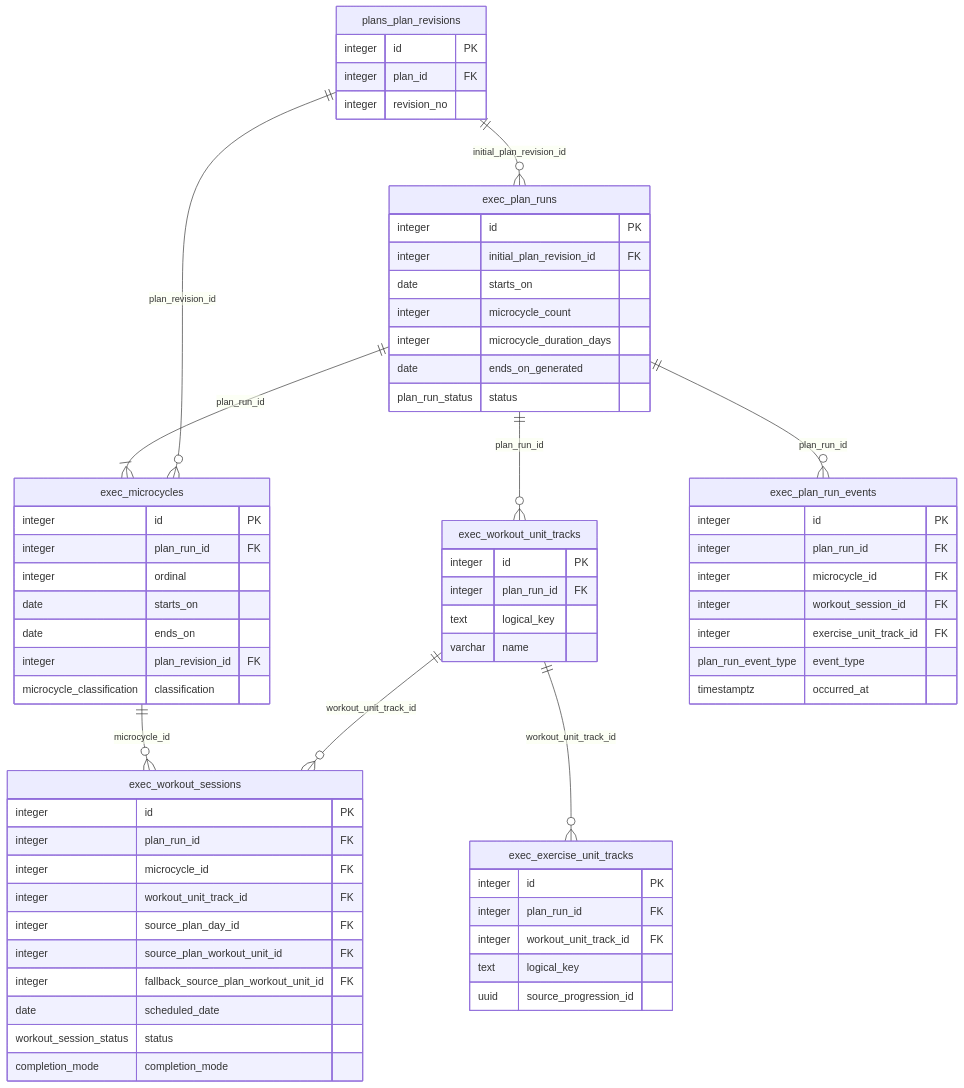
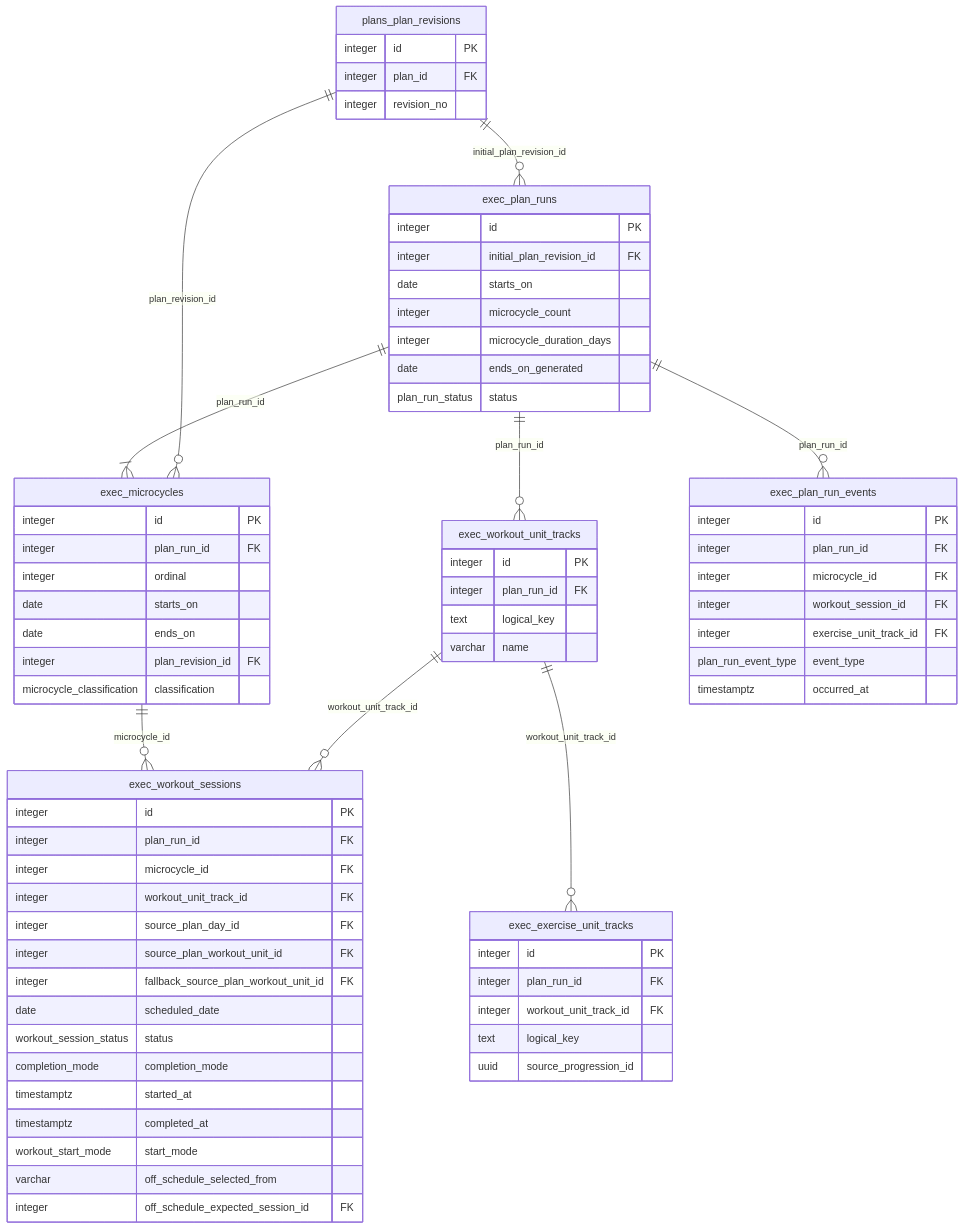
Before and after one commit to 0x41gawor/agonez: the second of 3 diagrams in __docs__/execution/erd.md, drawn with Mermaid. The commit also changed 25 other files, not shown here.

Commit message:
feat(be): let user to execute an off-schedule workout

````diff
--- a/__docs__/execution/erd.md
+++ b/__docs__/execution/erd.md
@@ -27,69 +27,74 @@
 ```mermaid
 erDiagram
     plans_plan_revisions {
         integer id PK
         integer plan_id FK
         integer revision_no
     }
     exec_plan_runs {
         integer id PK
         integer initial_plan_revision_id FK
         date starts_on
         integer microcycle_count
         integer microcycle_duration_days
         date ends_on_generated
         plan_run_status status
     }
     exec_microcycles {
         integer id PK
         integer plan_run_id FK
         integer ordinal
         date starts_on
         date ends_on
         integer plan_revision_id FK
         microcycle_classification classification
     }
     exec_workout_unit_tracks {
         integer id PK
         integer plan_run_id FK
         text logical_key
         varchar name
     }
     exec_exercise_unit_tracks {
         integer id PK
         integer plan_run_id FK
         integer workout_unit_track_id FK
         text logical_key
         uuid source_progression_id
     }
     exec_workout_sessions {
         integer id PK
         integer plan_run_id FK
         integer microcycle_id FK
         integer workout_unit_track_id FK
         integer source_plan_day_id FK
         integer source_plan_workout_unit_id FK
         integer fallback_source_plan_workout_unit_id FK
         date scheduled_date
         workout_session_status status
         completion_mode completion_mode
+        timestamptz started_at
+        timestamptz completed_at
+        workout_start_mode start_mode
+        varchar off_schedule_selected_from
+        integer off_schedule_expected_session_id FK
     }
     exec_plan_run_events {
         integer id PK
         integer plan_run_id FK
         integer microcycle_id FK
         integer workout_session_id FK
         integer exercise_unit_track_id FK
         plan_run_event_type event_type
         timestamptz occurred_at
     }
 
     plans_plan_revisions ||--o{ exec_plan_runs : initial_plan_revision_id
     exec_plan_runs ||--|{ exec_microcycles : plan_run_id
     plans_plan_revisions ||--o{ exec_microcycles : plan_revision_id
     exec_plan_runs ||--o{ exec_workout_unit_tracks : plan_run_id
     exec_workout_unit_tracks ||--o{ exec_exercise_unit_tracks : workout_unit_track_id
     exec_microcycles ||--o{ exec_workout_sessions : microcycle_id
     exec_workout_unit_tracks ||--o{ exec_workout_sessions : workout_unit_track_id
     exec_plan_runs ||--o{ exec_plan_run_events : plan_run_id
 ```
````
